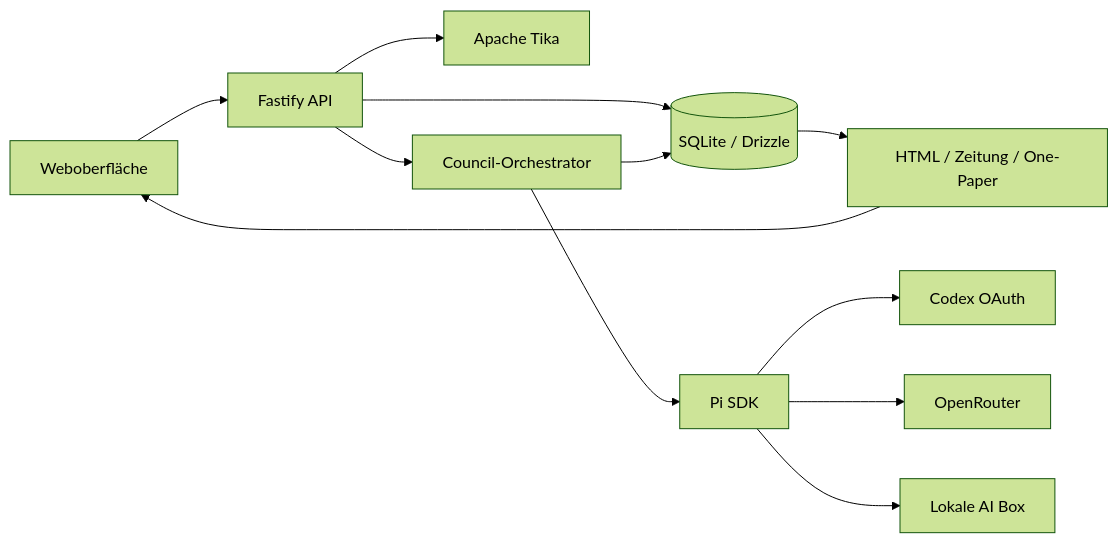
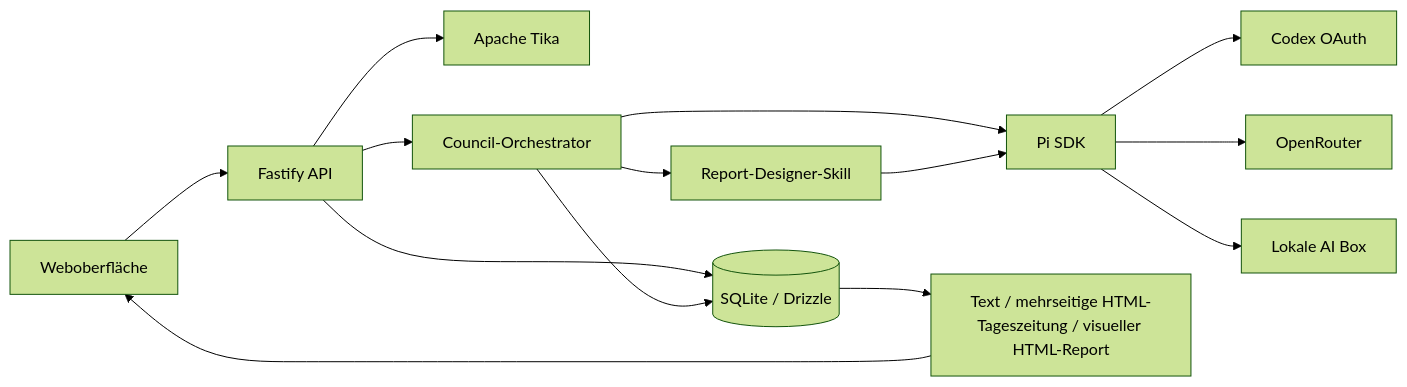
One commit to beastyrabbit/qa-council changed the diagram in docs/architecture.md. Above: the diagram before and after it, drawn with Mermaid (forest theme). The commit also changed other lines of this file and 37 other files, not shown here.

````diff
--- a/docs/architecture.md
+++ b/docs/architecture.md
@@ -5,14 +5,16 @@
 ```mermaid
 flowchart LR
     U[Weboberfläche] --> A[Fastify API]
     A --> D[(SQLite / Drizzle)]
     A --> T[Apache Tika]
     A --> O[Council-Orchestrator]
     O --> P[Pi SDK]
     P --> C[Codex OAuth]
     P --> R[OpenRouter]
     P --> X[Lokale AI Box]
+    O --> RD[Report-Designer-Skill]
+    RD --> P
     O --> D
-    D --> V[HTML / Zeitung / One-Paper]
+    D --> V[Text / mehrseitige HTML-Tageszeitung / visueller HTML-Report]
     V --> U
 ```
````
